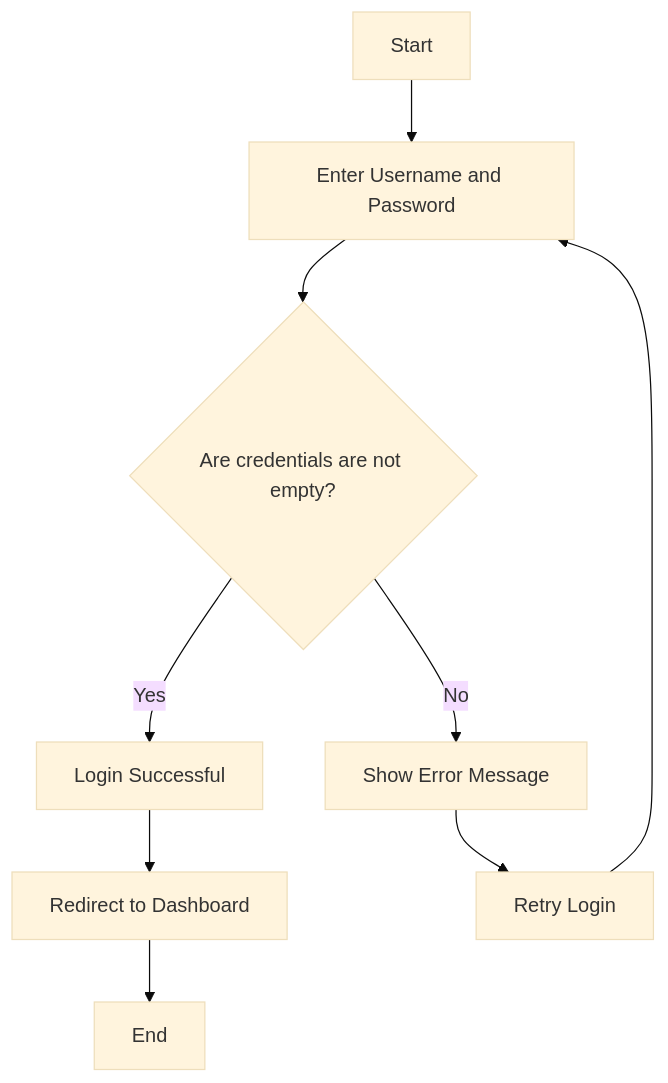
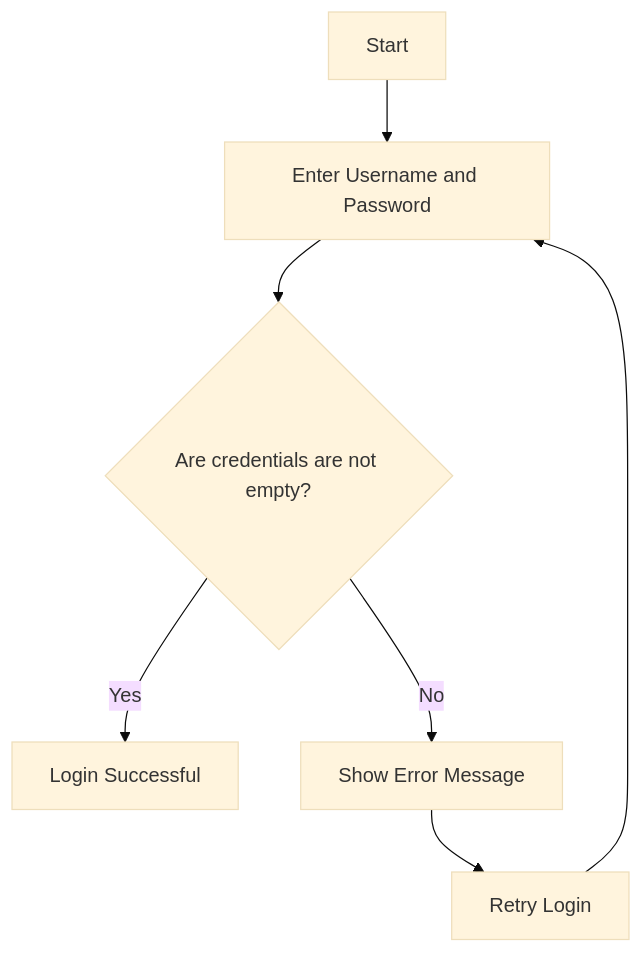
The diagram in Partial_Validation.md (chanduujjina/JSE_Practice_2025_B1), drawn with Mermaid (base theme) before and after one commit.

````diff
--- a/Partial_Validation.md
+++ b/Partial_Validation.md
@@ -1,11 +1,10 @@
 ```mermaid
 flowchart TD
     A[Start] --> B[Enter Username and Password]
     B --> C{Are credentials are not empty?}
     C -- Yes --> D[Login Successful]
     C -- No --> E[Show Error Message]
     E --> F[Retry Login]
     F --> B
-    D --> G[Redirect to Dashboard]
-    G --> H[End]
+   
 ```
````
